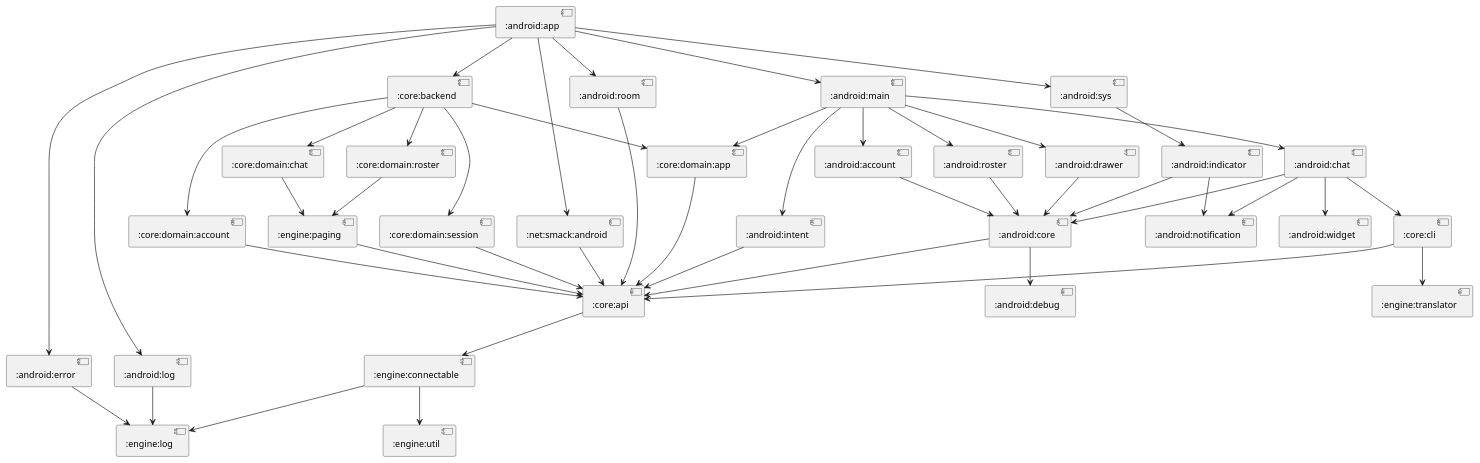
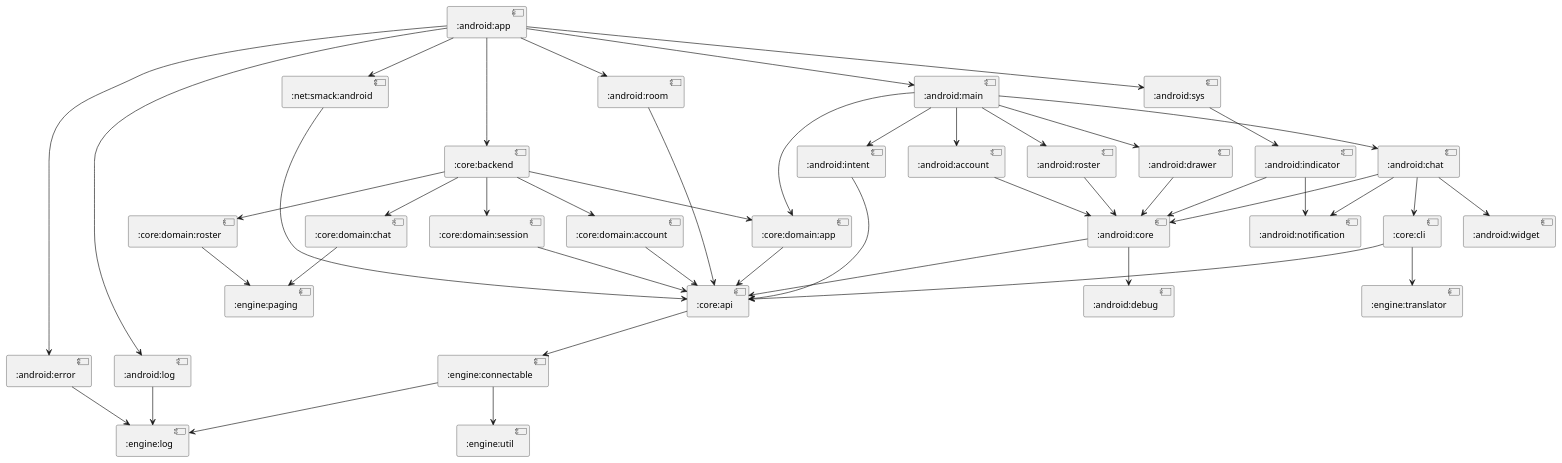
Before and after one commit to cryptopunkscc/crypton: the diagram in docs/modules/puml/:android:app.puml, drawn with PlantUML. The commit also changed 8 other files, not shown here.

```diff
--- a/docs/modules/puml/:android:app.puml
+++ b/docs/modules/puml/:android:app.puml
@@ -1,48 +1,47 @@
 @startuml
 [:core:backend] --> [:core:domain:app]
 [:core:backend] --> [:core:domain:session]
 [:core:backend] --> [:core:domain:account]
 [:core:backend] --> [:core:domain:chat]
 [:core:backend] --> [:core:domain:roster]
 [:net:smack:android] --> [:core:api]
 [:android:room] --> [:core:api]
 [:android:sys] --> [:android:indicator]
 [:android:log] --> [:engine:log]
 [:android:error] --> [:engine:log]
 [:android:main] --> [:android:intent]
 [:android:main] --> [:android:account]
 [:android:main] --> [:android:roster]
 [:android:main] --> [:android:chat]
 [:android:main] --> [:android:drawer]
 [:android:main] --> [:core:domain:app]
 [:core:domain:app] --> [:core:api]
 [:core:domain:session] --> [:core:api]
 [:core:domain:account] --> [:core:api]
 [:core:domain:chat] --> [:engine:paging]
 [:core:domain:roster] --> [:engine:paging]
 [:core:api] --> [:engine:connectable]
 [:engine:connectable] --> [:engine:util]
 [:engine:connectable] --> [:engine:log]
-[:engine:paging] --> [:core:api]
 [:android:indicator] --> [:android:core]
 [:android:indicator] --> [:android:notification]
 [:android:core] --> [:core:api]
 [:android:core] --> [:android:debug]
 [:android:intent] --> [:core:api]
 [:android:account] --> [:android:core]
 [:android:roster] --> [:android:core]
 [:android:chat] --> [:android:core]
 [:android:chat] --> [:android:notification]
 [:android:chat] --> [:android:widget]
 [:android:chat] --> [:core:cli]
 [:android:drawer] --> [:android:core]
 [:core:cli] --> [:engine:translator]
 [:core:cli] --> [:core:api]
 [:android:app] --> [:core:backend]
 [:android:app] --> [:net:smack:android]
 [:android:app] --> [:android:room]
 [:android:app] --> [:android:sys]
 [:android:app] --> [:android:log]
 [:android:app] --> [:android:error]
 [:android:app] --> [:android:main]
 @enduml
```
